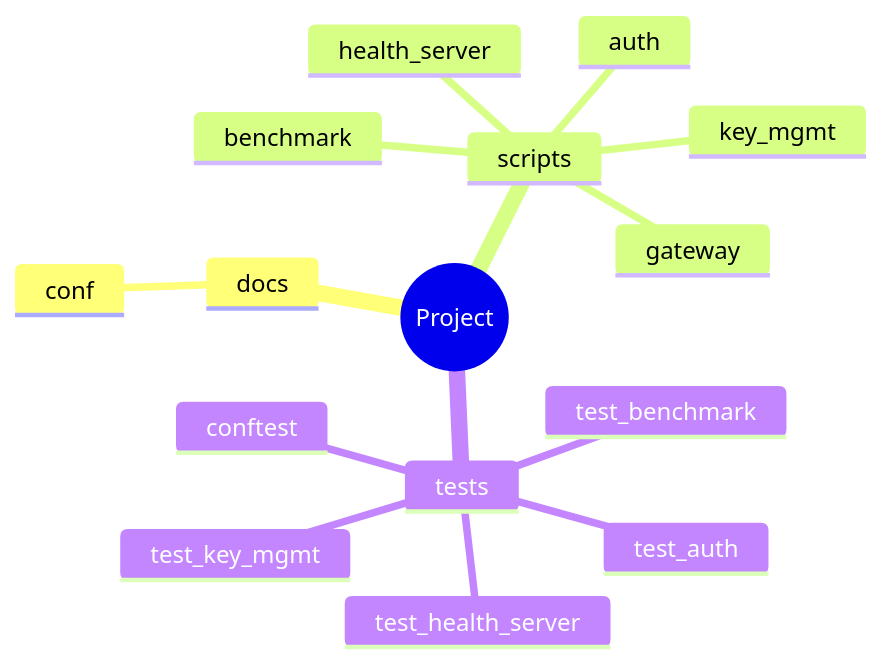
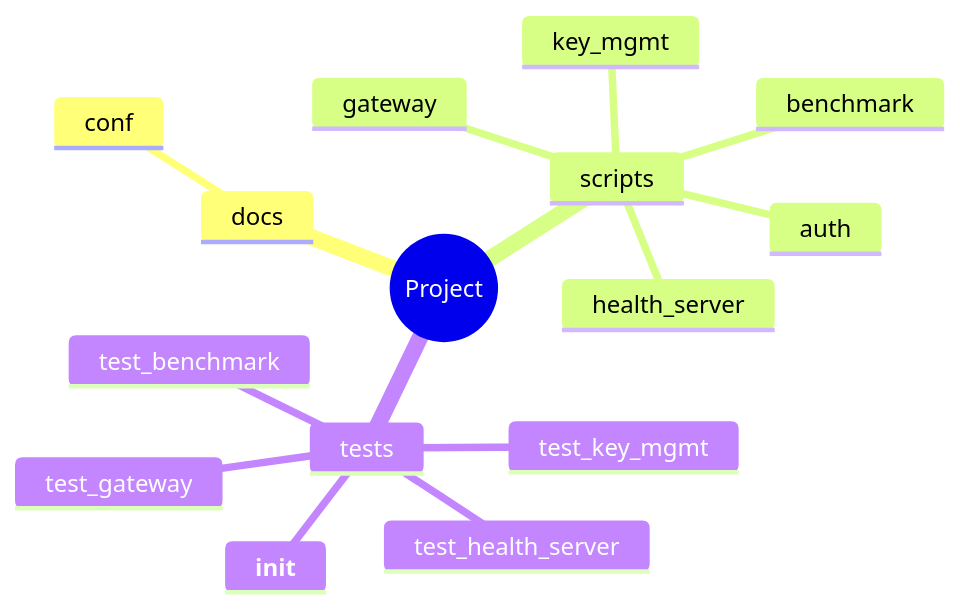
Before and after one commit to zepfu/llama-gguf-inference: the fifth of 8 diagrams in docs/auto/ARCHITECTURE_AUTO.md, drawn with Mermaid. The commit also changed other lines of this file and 2 other files, not shown here.

````diff
--- a/docs/auto/ARCHITECTURE_AUTO.md
+++ b/docs/auto/ARCHITECTURE_AUTO.md
@@ -175,18 +158,18 @@
 ```mermaid
 mindmap
   root((Project))
     docs
       conf
     scripts
+      health_server
+      key_mgmt
+      auth
       benchmark
       gateway
-      auth
-      health_server
-      key_mgmt
     tests
+      __init__
+      test_benchmark
+      test_gateway
       test_health_server
       test_key_mgmt
-      conftest
-      test_benchmark
-      test_auth
 ```
````
